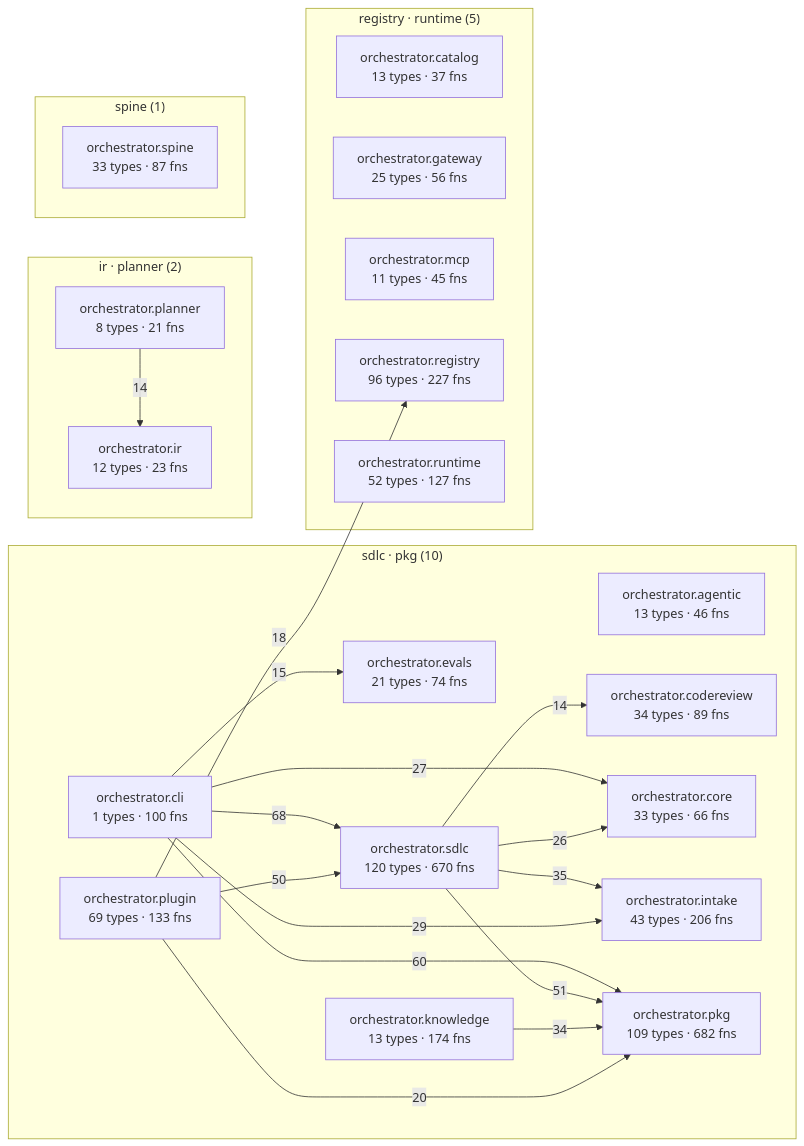
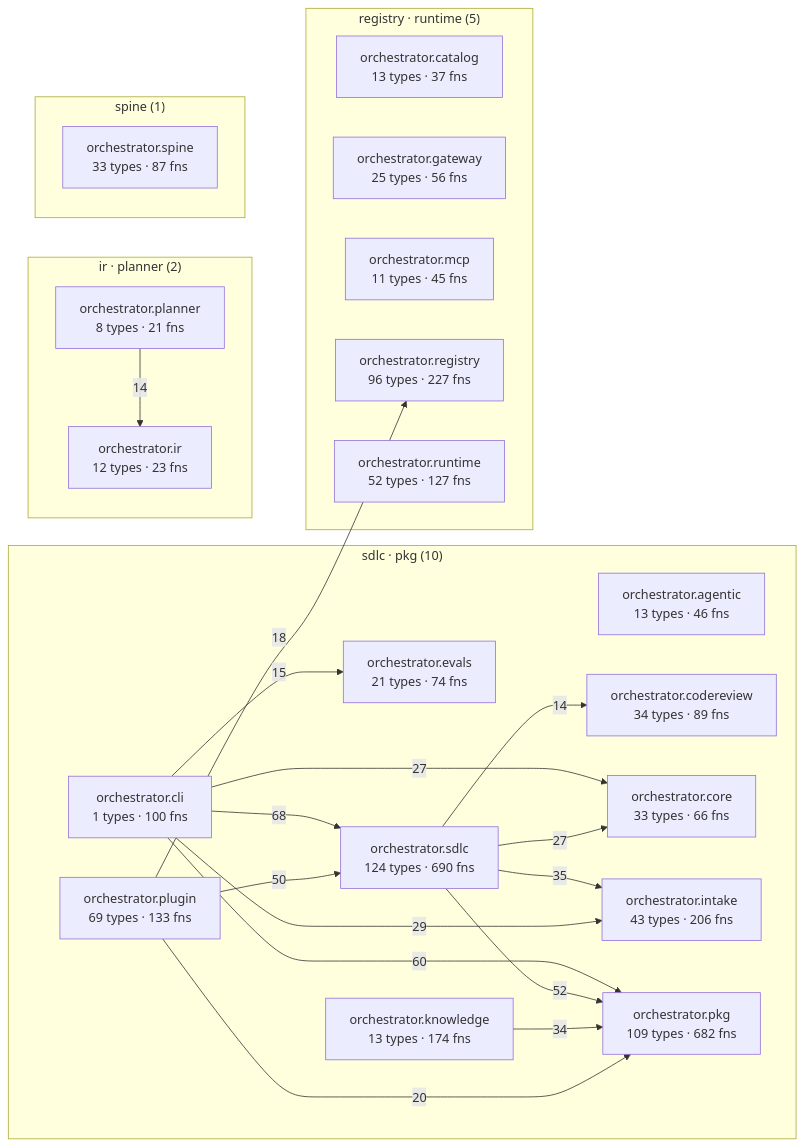
One commit to Nani-red/spine_Naveen changed the diagram in episteme/architecture.md. Above: the diagram before and after it, drawn with Mermaid. The commit also changed other lines of this file and 25 other files, not shown here.

````diff
--- a/episteme/architecture.md
+++ b/episteme/architecture.md
@@ -54,43 +55,43 @@
 ```mermaid
 flowchart LR
   subgraph c_2["sdlc · pkg (10)"]
     aorchestratoragentic["orchestrator.agentic<br/>13 types · 46 fns"]
     aorchestratorcli["orchestrator.cli<br/>1 types · 100 fns"]
     aorchestratorcodereview["orchestrator.codereview<br/>34 types · 89 fns"]
     aorchestratorcore["orchestrator.core<br/>33 types · 66 fns"]
     aorchestratorevals["orchestrator.evals<br/>21 types · 74 fns"]
     aorchestratorintake["orchestrator.intake<br/>43 types · 206 fns"]
     aorchestratorknowledge["orchestrator.knowledge<br/>13 types · 174 fns"]
     aorchestratorpkg["orchestrator.pkg<br/>109 types · 682 fns"]
     aorchestratorplugin["orchestrator.plugin<br/>69 types · 133 fns"]
-    aorchestratorsdlc["orchestrator.sdlc<br/>120 types · 670 fns"]
+    aorchestratorsdlc["orchestrator.sdlc<br/>124 types · 690 fns"]
   end
   subgraph c_4["registry · runtime (5)"]
     aorchestratorcatalog["orchestrator.catalog<br/>13 types · 37 fns"]
     aorchestratorgateway["orchestrator.gateway<br/>25 types · 56 fns"]
     aorchestratormcp["orchestrator.mcp<br/>11 types · 45 fns"]
     aorchestratorregistry["orchestrator.registry<br/>96 types · 227 fns"]
     aorchestratorruntime["orchestrator.runtime<br/>52 types · 127 fns"]
   end
   subgraph c_7["ir · planner (2)"]
     aorchestratorir["orchestrator.ir<br/>12 types · 23 fns"]
     aorchestratorplanner["orchestrator.planner<br/>8 types · 21 fns"]
   end
   subgraph c_12["spine (1)"]
     aorchestratorspine["orchestrator.spine<br/>33 types · 87 fns"]
   end
   aorchestratorcli -->|68| aorchestratorsdlc
   aorchestratorcli -->|60| aorchestratorpkg
-  aorchestratorsdlc -->|51| aorchestratorpkg
+  aorchestratorsdlc -->|52| aorchestratorpkg
   aorchestratorplugin -->|50| aorchestratorsdlc
   aorchestratorsdlc -->|35| aorchestratorintake
   aorchestratorknowledge -->|34| aorchestratorpkg
   aorchestratorcli -->|29| aorchestratorintake
   aorchestratorcli -->|27| aorchestratorcore
-  aorchestratorsdlc -->|26| aorchestratorcore
+  aorchestratorsdlc -->|27| aorchestratorcore
   aorchestratorplugin -->|20| aorchestratorpkg
   aorchestratorplugin -->|18| aorchestratorregistry
   aorchestratorcli -->|15| aorchestratorevals
   aorchestratorplanner -->|14| aorchestratorir
   aorchestratorsdlc -->|14| aorchestratorcodereview
 ```
````
